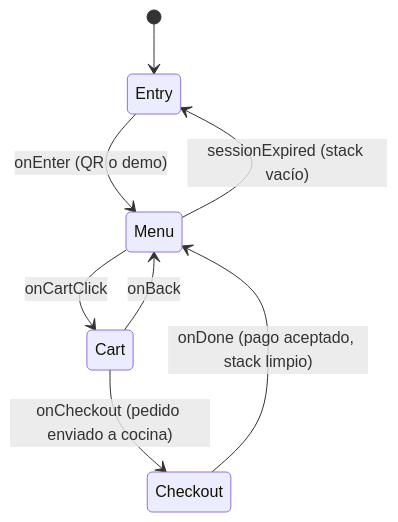
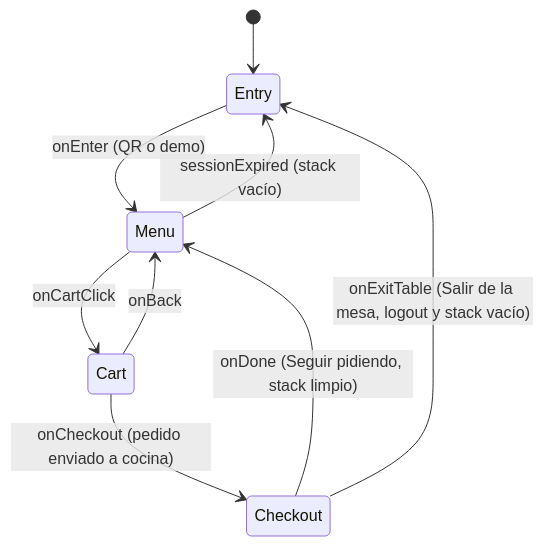
The second of 3 diagrams in docs/mobile-app.md (Programito/fullstack-architecture-lab), drawn with Mermaid before and after one commit. The commit also changed other lines of this file and 80 other files, not shown here.

````diff
--- a/docs/mobile-app.md
+++ b/docs/mobile-app.md
@@ -86,10 +86,11 @@
 ```mermaid
 stateDiagram-v2
     [*] --> Entry
     Entry --> Menu: onEnter (QR o demo)
     Menu --> Cart: onCartClick
     Cart --> Menu: onBack
     Cart --> Checkout: onCheckout (pedido enviado a cocina)
-    Checkout --> Menu: onDone (pago aceptado, stack limpio)
+    Checkout --> Menu: onDone (Seguir pidiendo, stack limpio)
+    Checkout --> Entry: onExitTable (Salir de la mesa, logout y stack vacío)
     Menu --> Entry: sessionExpired (stack vacío)
 ```
````
